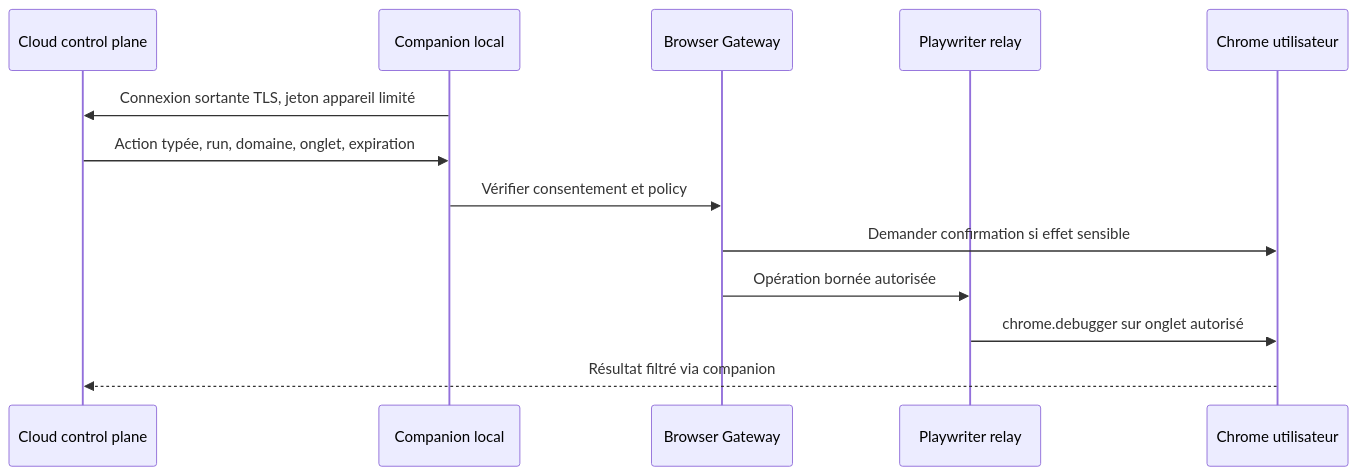
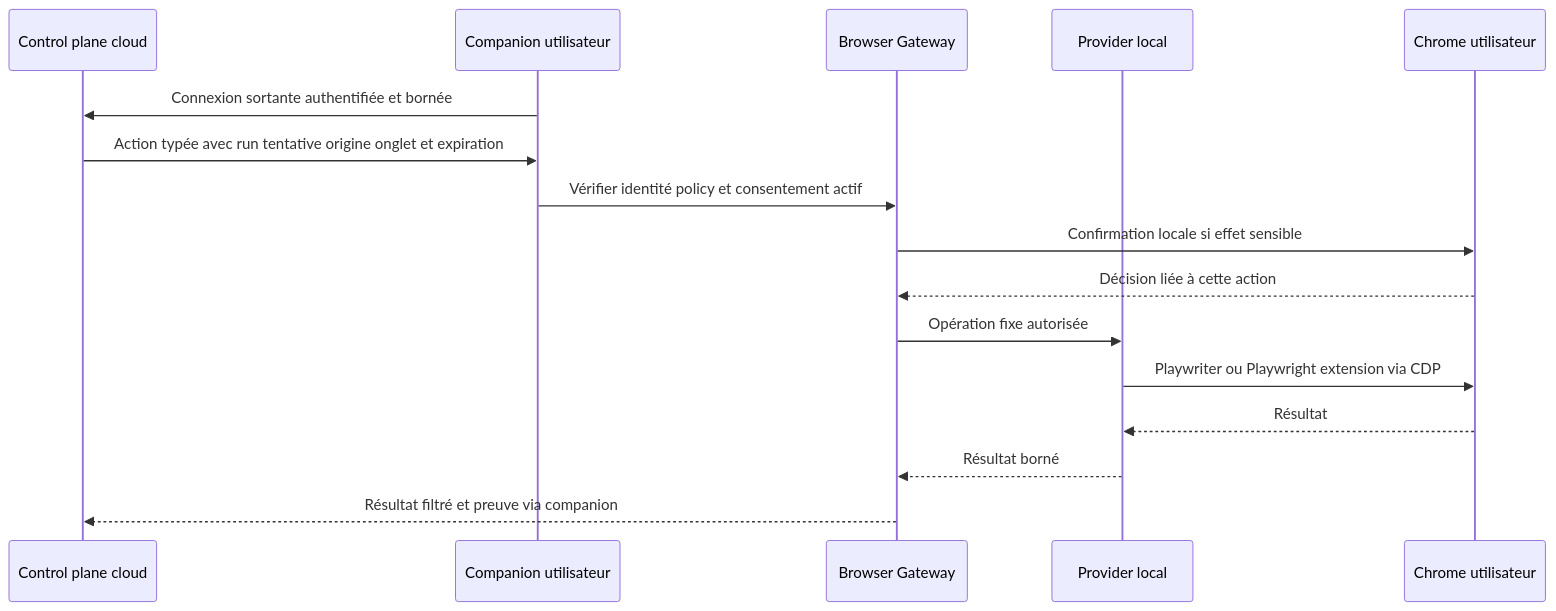
One commit to bachirdw/agregat-back-git changed the third of 3 diagrams in docs/architecture.md. Above: the diagram before and after it, drawn with Mermaid. The commit also changed other lines of this file and 15 other files, not shown here.

Commit message:
[sprint-01] Refondre l’audit source et les décisions d’architecture

````diff
--- a/docs/architecture.md
+++ b/docs/architecture.md
@@ -40,15 +96,18 @@
 ```mermaid
 sequenceDiagram
- participant C as Cloud control plane
- participant L as Companion local
- participant G as Browser Gateway
- participant P as Playwriter relay
- participant U as Chrome utilisateur
- L->>C: Connexion sortante TLS, jeton appareil limité
- C->>L: Action typée, run, domaine, onglet, expiration
- L->>G: Vérifier consentement et policy
- G->>U: Demander confirmation si effet sensible
- G->>P: Opération bornée autorisée
- P->>U: chrome.debugger sur onglet autorisé
- U-->>C: Résultat filtré via companion
+  participant C as Control plane cloud
+  participant L as Companion utilisateur
+  participant G as Browser Gateway
+  participant P as Provider local
+  participant U as Chrome utilisateur
+  L->>C: Connexion sortante authentifiée et bornée
+  C->>L: Action typée avec run tentative origine onglet et expiration
+  L->>G: Vérifier identité policy et consentement actif
+  G->>U: Confirmation locale si effet sensible
+  U-->>G: Décision liée à cette action
+  G->>P: Opération fixe autorisée
+  P->>U: Playwriter ou Playwright extension via CDP
+  U-->>P: Résultat
+  P-->>G: Résultat borné
+  G-->>C: Résultat filtré et preuve via companion
 ```
````
